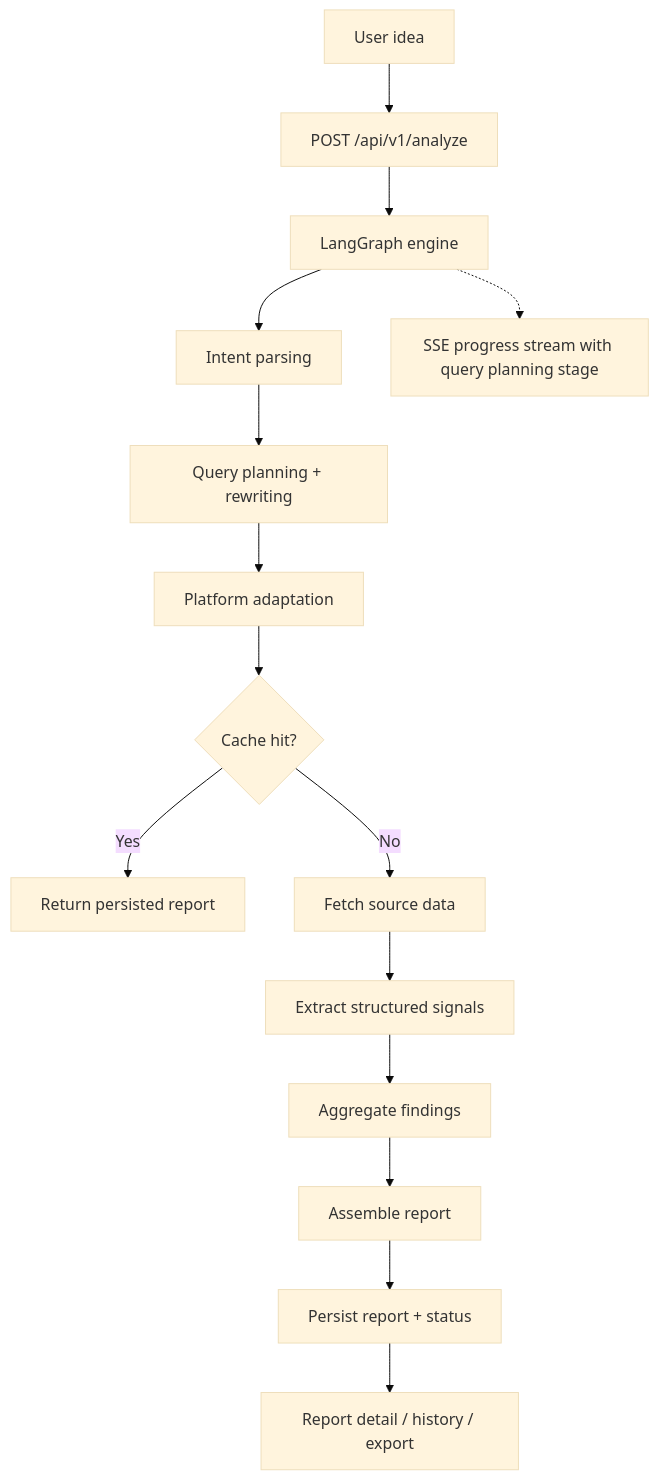
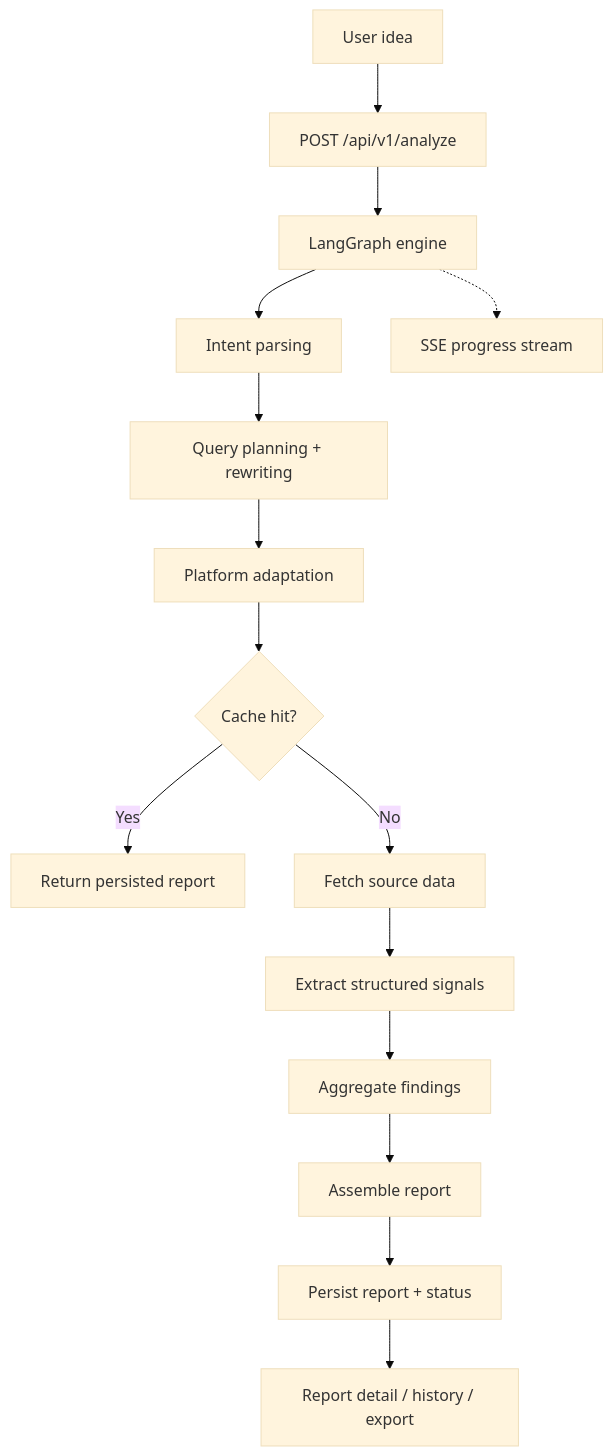
One commit to Tendo33/IdeaGo changed the diagram in README.md. Above: the diagram before and after it, drawn with Mermaid (base theme). The commit also changed other lines of this file and 11 other files, not shown here.

````diff
--- a/README.md
+++ b/README.md
@@ -175,17 +199,17 @@
 ```mermaid
 flowchart TD
     A["User idea"] --> B["POST /api/v1/analyze"]
     B --> C["LangGraph engine"]
     C --> D["Intent parsing"]
     D --> E["Query planning + rewriting"]
     E --> F["Platform adaptation"]
     F --> G{"Cache hit?"}
     G -->|Yes| H["Return persisted report"]
     G -->|No| I["Fetch source data"]
     I --> J["Extract structured signals"]
     J --> K["Aggregate findings"]
     K --> L["Assemble report"]
     L --> M["Persist report + status"]
     M --> N["Report detail / history / export"]
-    C -.-> O["SSE progress stream with query planning stage"]
+    C -.-> O["SSE progress stream"]
 ```
````
